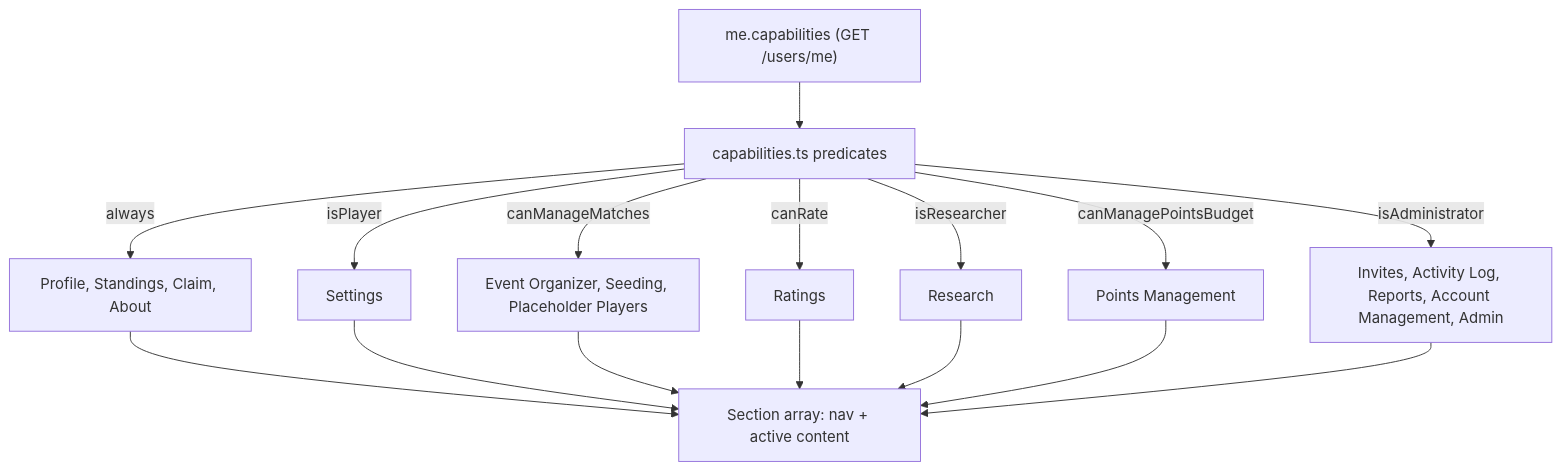
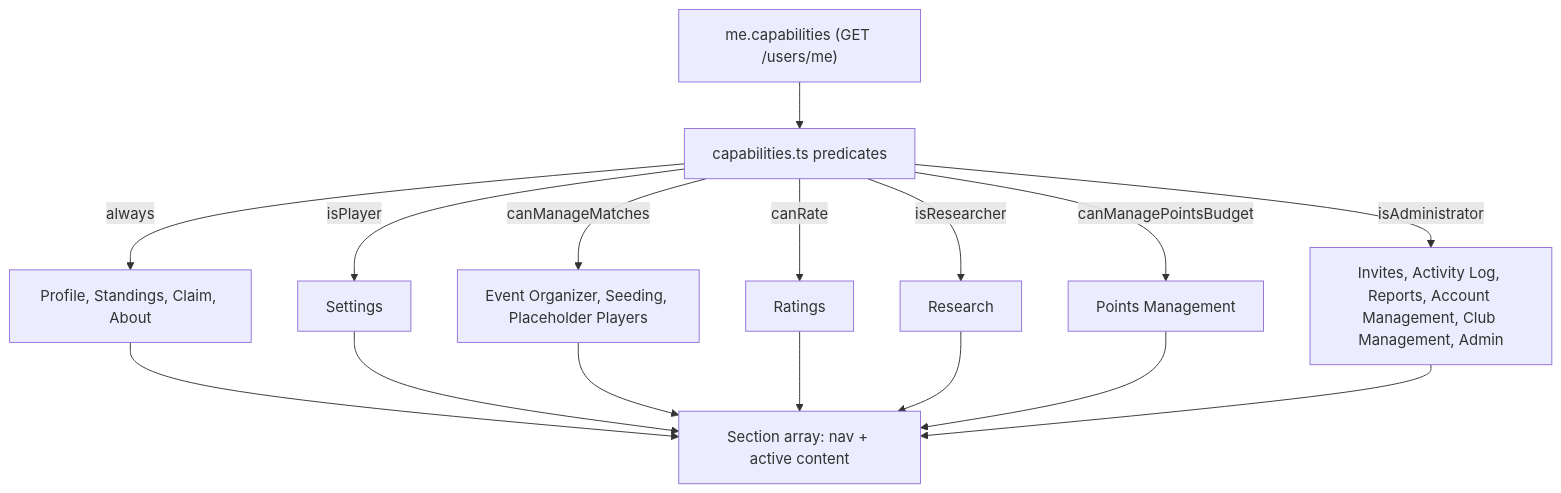
Before and after one commit to cybergrouch/skopeo: the fifth of 5 diagrams in docs/engineering/architecture/WEB_UI_ARCHITECTURE.md, drawn with Mermaid. The commit also changed other lines of this file and 7 other files, not shown here.

First line of the commit message:
feat(web): add Club Management tab and move Clubs out of Admin (#698)

````diff
--- a/docs/engineering/architecture/WEB_UI_ARCHITECTURE.md
+++ b/docs/engineering/architecture/WEB_UI_ARCHITECTURE.md
@@ -263,18 +264,18 @@
 ```mermaid
 flowchart TD
     Me["me.capabilities (GET /users/me)"] --> Pred["capabilities.ts predicates"]
     Pred -->|always| Always["Profile, Standings, Claim, About"]
     Pred -->|isPlayer| Settings[Settings]
     Pred -->|canManageMatches| Org["Event Organizer, Seeding, Placeholder Players"]
     Pred -->|canRate| Ratings[Ratings]
     Pred -->|isResearcher| Research[Research]
     Pred -->|canManagePointsBudget| Points[Points Management]
-    Pred -->|isAdministrator| Adm["Invites, Activity Log, Reports, Account Management, Admin"]
+    Pred -->|isAdministrator| Adm["Invites, Activity Log, Reports, Account Management, Club Management, Admin"]
     Always --> Sec["Section array: nav + active content"]
     Settings --> Sec
     Org --> Sec
     Ratings --> Sec
     Research --> Sec
     Points --> Sec
     Adm --> Sec
 ```
````
